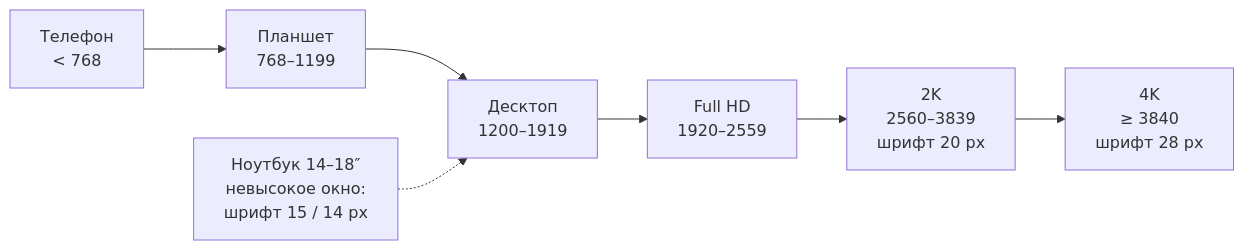
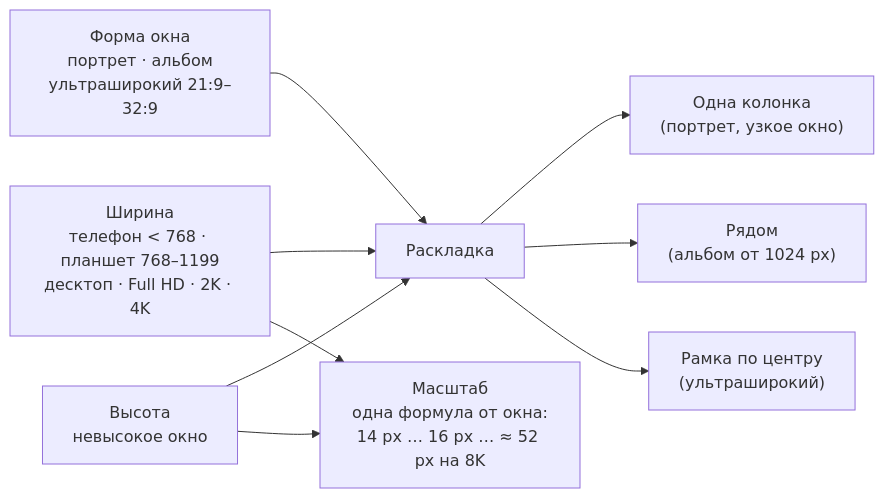
Before and after one commit to dodoser34/VibeRay: the fourth of 4 diagrams in docs/guide/04-frontend.md, drawn with Mermaid. The commit also changed other lines of this file and 110 other files, not shown here.

````diff
--- a/docs/guide/04-frontend.md
+++ b/docs/guide/04-frontend.md
@@ -107,9 +109,11 @@
 ```mermaid
 flowchart LR
-    PH["Телефон<br/>< 768"] --> TB["Планшет<br/>768–1199"]
-    TB --> DT["Десктоп<br/>1200–1919"]
-    DT --> FHD["Full HD<br/>1920–2559"]
-    FHD --> K2["2K<br/>2560–3839<br/>шрифт 20 px"]
-    K2 --> K4["4K<br/>≥ 3840<br/>шрифт 28 px"]
-    LAP["Ноутбук 14–18″<br/>невысокое окно:<br/>шрифт 15 / 14 px"] -.-> DT
+    W["Ширина<br/>телефон < 768 · планшет 768–1199<br/>десктоп · Full HD · 2K · 4K"] --> L["Раскладка"]
+    S["Форма окна<br/>портрет · альбом<br/>ультраширокий 21:9–32:9"] --> L
+    H["Высота<br/>невысокое окно"] --> L
+    W --> R["Масштаб<br/>одна формула от окна:<br/>14 px … 16 px … ≈ 52 px на 8K"]
+    H --> R
+    L --> P1["Одна колонка<br/>(портрет, узкое окно)"]
+    L --> P2["Рядом<br/>(альбом от 1024 px)"]
+    L --> P3["Рамка по центру<br/>(ультраширокий)"]
 ```
````
